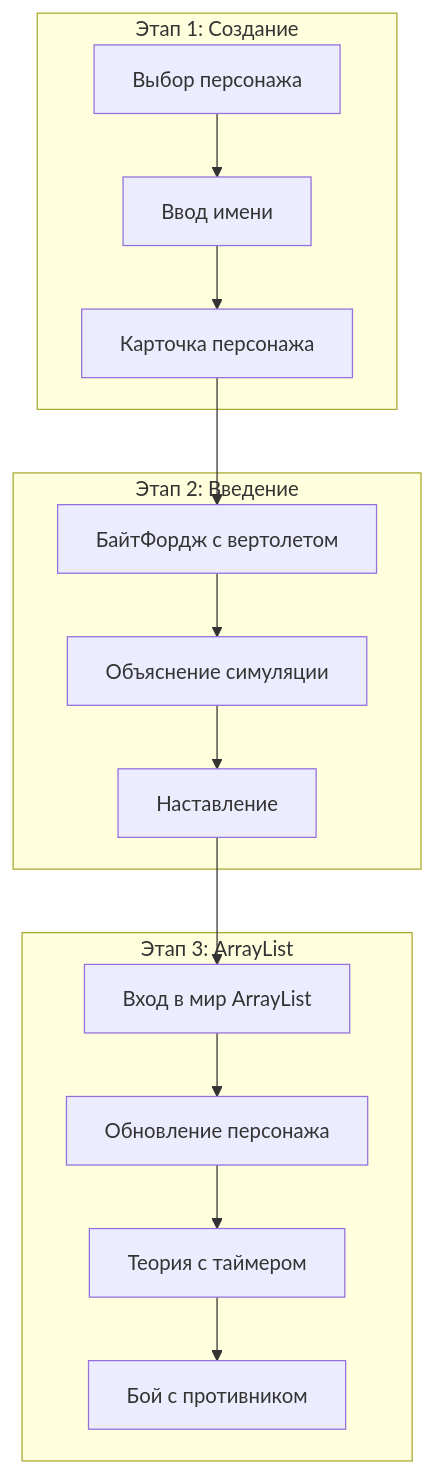
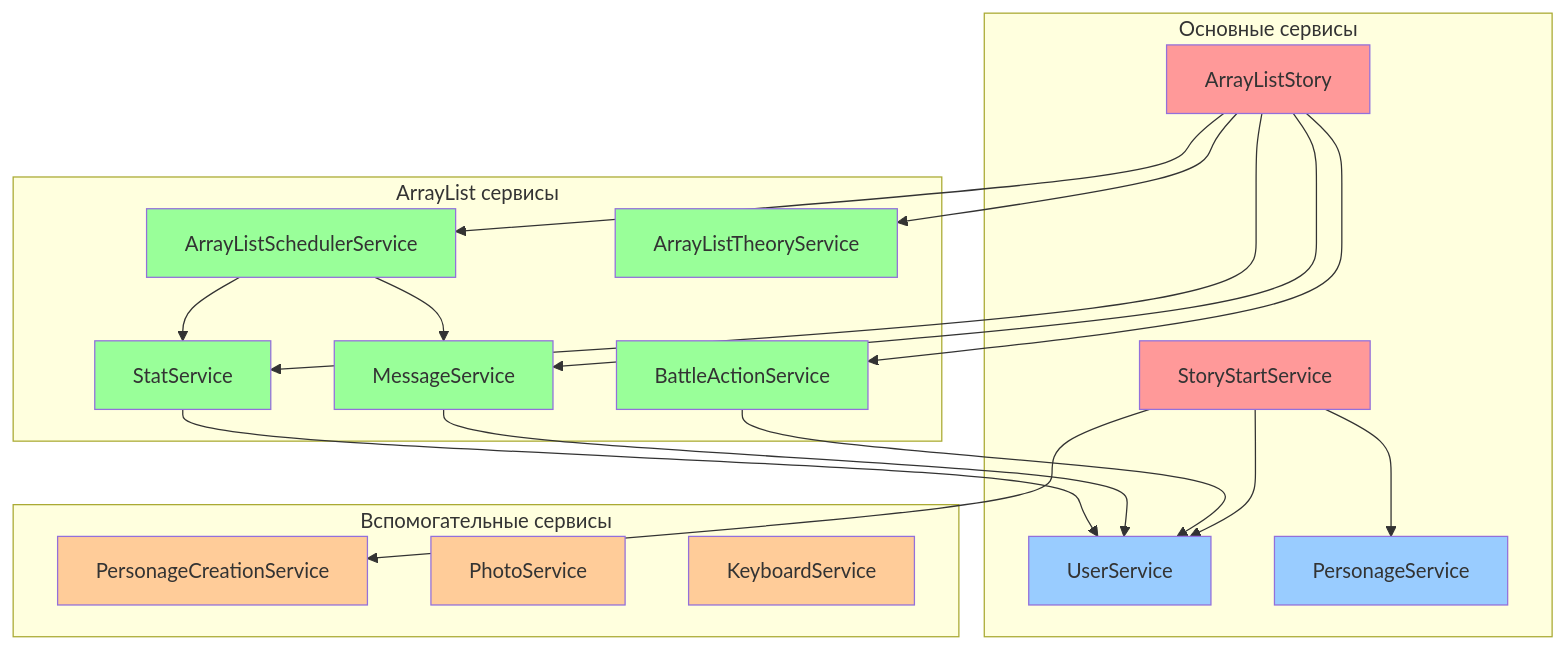
The tenth of 11 diagrams in STORY_DIAGRAMS.md (CodeHacker23/TG_BOT_PRAKTIKA_18_05_25), drawn with Mermaid before and after one commit. The commit also changed other lines of this file and 13 other files, not shown here.

````diff
--- a/STORY_DIAGRAMS.md
+++ b/STORY_DIAGRAMS.md
@@ -295,31 +414,53 @@
 ```mermaid
-graph TD
-    subgraph "Этап 1: Создание"
-        A[Выбор персонажа]
-        B[Ввод имени]
-        C[Карточка персонажа]
+graph TB
+    subgraph "Основные сервисы"
+        A[StoryStartService]
+        B[ArrayListStory]
+        C[UserService]
+        D[PersonageService]
     end
     
-    subgraph "Этап 2: Введение"
-        D[БайтФордж с вертолетом]
-        E[Объяснение симуляции]
-        F[Наставление]
+    subgraph "ArrayList сервисы"
+        E[BattleActionService]
+        F[MessageService]
+        G[StatService]
+        H[ArrayListSchedulerService]
+        I[ArrayListTheoryService]
     end
     
-    subgraph "Этап 3: ArrayList"
-        G[Вход в мир ArrayList]
-        H[Обновление персонажа]
-        I[Теория с таймером]
-        J[Бой с противником]
+    subgraph "Вспомогательные сервисы"
+        J[PersonageCreationService]
+        K[PhotoService]
+        L[KeyboardService]
     end
     
-    A --> B
-    B --> C
-    C --> D
-    D --> E
-    E --> F
-    F --> G
-    G --> H
-    H --> I
-    I --> J
+    A --> C
+    A --> D
+    A --> J
+    
+    B --> E
+    B --> F
+    B --> G
+    B --> H
+    B --> I
+    
+    E --> C
+    F --> C
+    G --> C
+    
+    H --> F
+    H --> G
+    
+    style A fill:#ff9999
+    style B fill:#ff9999
+    style C fill:#99ccff
+    style D fill:#99ccff
+    style E fill:#99ff99
+    style F fill:#99ff99
+    style G fill:#99ff99
+    style H fill:#99ff99
+    style I fill:#99ff99
+    style J fill:#ffcc99
+    style K fill:#ffcc99
+    style L fill:#ffcc99
 ```
````
